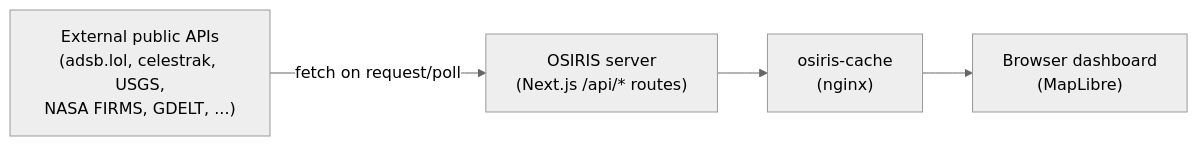
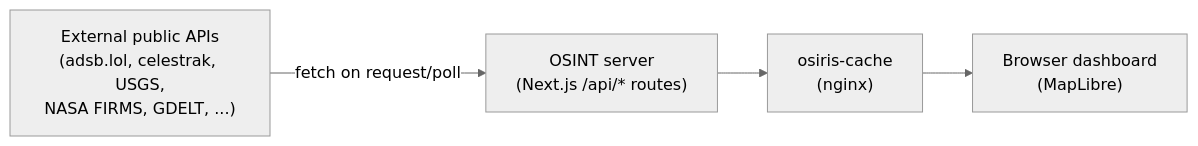
Before and after one commit to Christopheraburns/osiris: the first of 2 diagrams in README.md, drawn with Mermaid (neutral theme). The commit also changed other lines of this file and 43 other files, not shown here.

Commit message:
GraphRAG and Mistral online

````diff
--- a/README.md
+++ b/README.md
@@ -82,11 +96,11 @@
 ```mermaid
 flowchart LR
   ext["External public APIs<br/>(adsb.lol, celestrak, USGS,<br/>NASA FIRMS, GDELT, ...)"]
-  osiris["OSIRIS server<br/>(Next.js /api/* routes)"]
+  osint["OSINT server<br/>(Next.js /api/* routes)"]
   cache["osiris-cache<br/>(nginx)"]
   ui["Browser dashboard<br/>(MapLibre)"]
 
-  ext -->|"fetch on request/poll"| osiris
-  osiris --> cache
+  ext -->|"fetch on request/poll"| osint
+  osint --> cache
   cache --> ui
 ```
````
